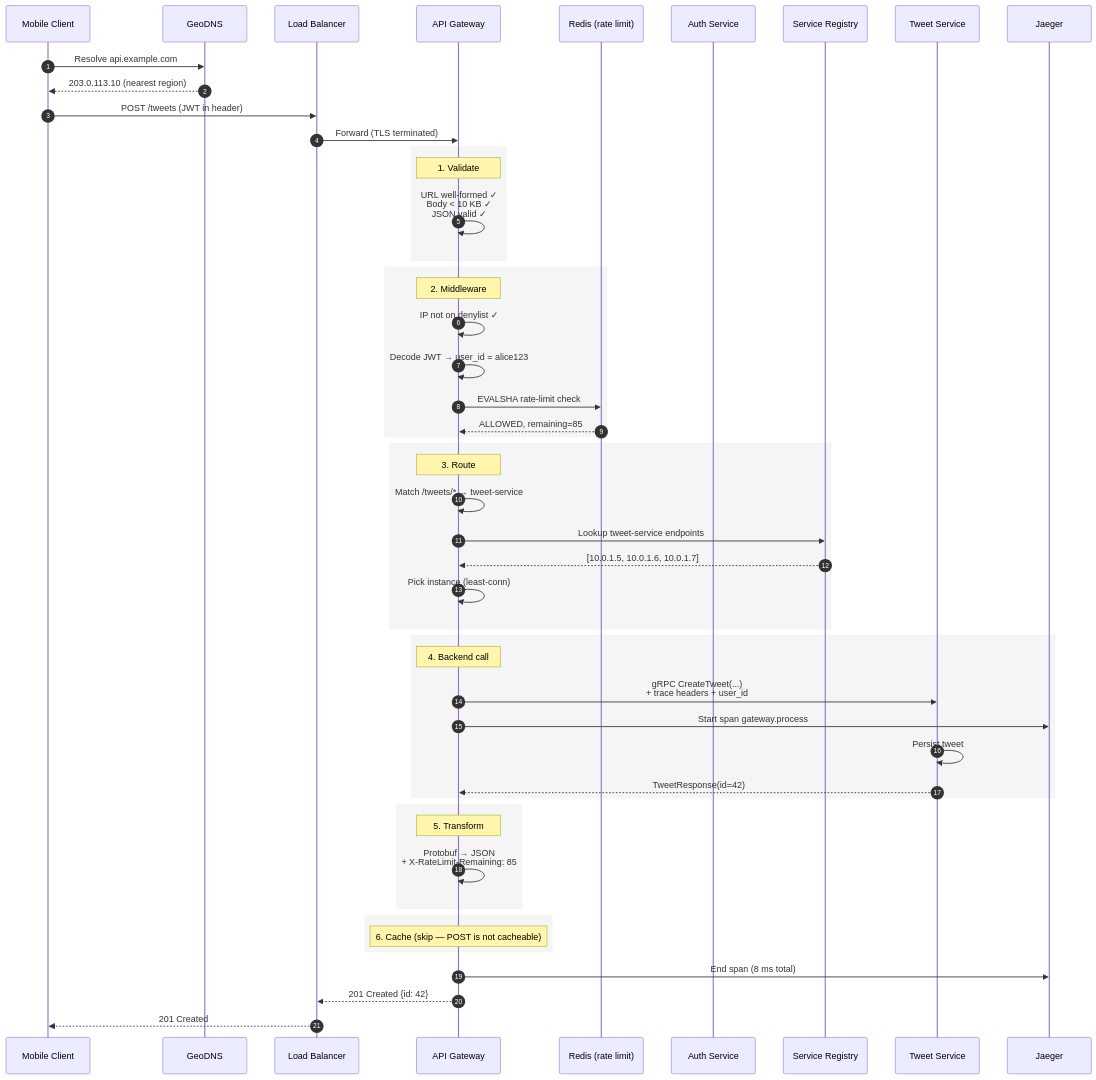
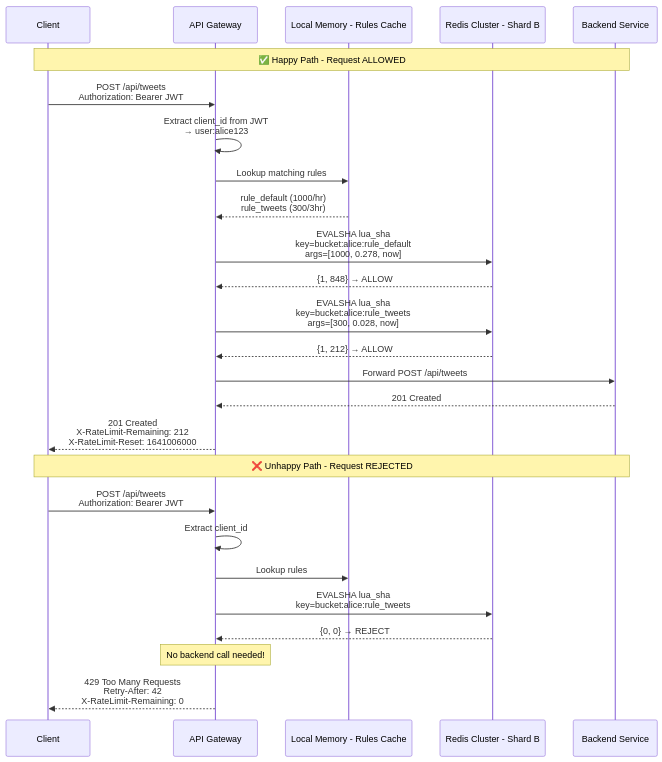
Before and after one commit to vipi-n/swe-101: the seventh of 8 diagrams in hld/rate_limitter.md, drawn with Mermaid. The commit also changed other lines of this file, not shown here.

````diff
--- a/hld/rate_limitter.md
+++ b/hld/rate_limitter.md
@@ -1049,60 +2145,30 @@
 ```mermaid
 sequenceDiagram
-    autonumber
-    participant C as Mobile Client
-    participant DNS as GeoDNS
-    participant LB as Load Balancer
+    participant Client
     participant GW as API Gateway
-    participant Redis as Redis (rate limit)
-    participant Auth as Auth Service
-    participant Reg as Service Registry
-    participant TS as Tweet Service
-    participant Trace as Jaeger
+    participant Mem as Local Memory - Rules Cache
+    participant Redis as Redis Cluster - Shard B
+    participant Backend as Backend Service
 
-    C->>DNS: Resolve api.example.com
-    DNS-->>C: 203.0.113.10 (nearest region)
-    C->>LB: POST /tweets (JWT in header)
-    LB->>GW: Forward (TLS terminated)
+    Note over Client, Backend: ✅ Happy Path - Request ALLOWED
+    Client->>GW: POST /api/tweets<br/>Authorization: Bearer JWT
+    GW->>GW: Extract client_id from JWT<br/>→ user:alice123
+    GW->>Mem: Lookup matching rules
+    Mem-->>GW: rule_default (1000/hr)<br/>rule_tweets (300/3hr)
+    GW->>Redis: EVALSHA lua_sha<br/>key=bucket:alice:rule_default<br/>args=[1000, 0.278, now]
+    Redis-->>GW: {1, 848} → ALLOW
+    GW->>Redis: EVALSHA lua_sha<br/>key=bucket:alice:rule_tweets<br/>args=[300, 0.028, now]
+    Redis-->>GW: {1, 212} → ALLOW
+    GW->>Backend: Forward POST /api/tweets
+    Backend-->>GW: 201 Created
+    GW-->>Client: 201 Created<br/>X-RateLimit-Remaining: 212<br/>X-RateLimit-Reset: 1641006000
 
-    rect rgb(245, 245, 245)
-    Note over GW: 1. Validate
-    GW->>GW: URL well-formed ✓<br/>Body < 10 KB ✓<br/>JSON valid ✓
-    end
-
-    rect rgb(245, 245, 245)
-    Note over GW: 2. Middleware
-    GW->>GW: IP not on denylist ✓
-    GW->>GW: Decode JWT → user_id = alice123
-    GW->>Redis: EVALSHA rate-limit check
-    Redis-->>GW: ALLOWED, remaining=85
-    end
-
-    rect rgb(245, 245, 245)
-    Note over GW: 3. Route
-    GW->>GW: Match /tweets/* → tweet-service
-    GW->>Reg: Lookup tweet-service endpoints
-    Reg-->>GW: [10.0.1.5, 10.0.1.6, 10.0.1.7]
-    GW->>GW: Pick instance (least-conn)
-    end
-
-    rect rgb(245, 245, 245)
-    Note over GW: 4. Backend call
-    GW->>TS: gRPC CreateTweet(...)<br/>+ trace headers + user_id
-    GW->>Trace: Start span gateway.process
-    TS->>TS: Persist tweet
-    TS-->>GW: TweetResponse(id=42)
-    end
-
-    rect rgb(245, 245, 245)
-    Note over GW: 5. Transform
-    GW->>GW: Protobuf → JSON<br/>+ X-RateLimit-Remaining: 85
-    end
-
-    rect rgb(245, 245, 245)
-    Note over GW: 6. Cache (skip — POST is not cacheable)
-    end
-
-    GW->>Trace: End span (8 ms total)
-    GW-->>LB: 201 Created {id: 42}
-    LB-->>C: 201 Created
+    Note over Client, Backend: ❌ Unhappy Path - Request REJECTED
+    Client->>GW: POST /api/tweets<br/>Authorization: Bearer JWT
+    GW->>GW: Extract client_id
+    GW->>Mem: Lookup rules
+    GW->>Redis: EVALSHA lua_sha<br/>key=bucket:alice:rule_tweets
+    Redis-->>GW: {0, 0} → REJECT
+    Note over GW: No backend call needed!
+    GW-->>Client: 429 Too Many Requests<br/>Retry-After: 42<br/>X-RateLimit-Remaining: 0
 ```
````
